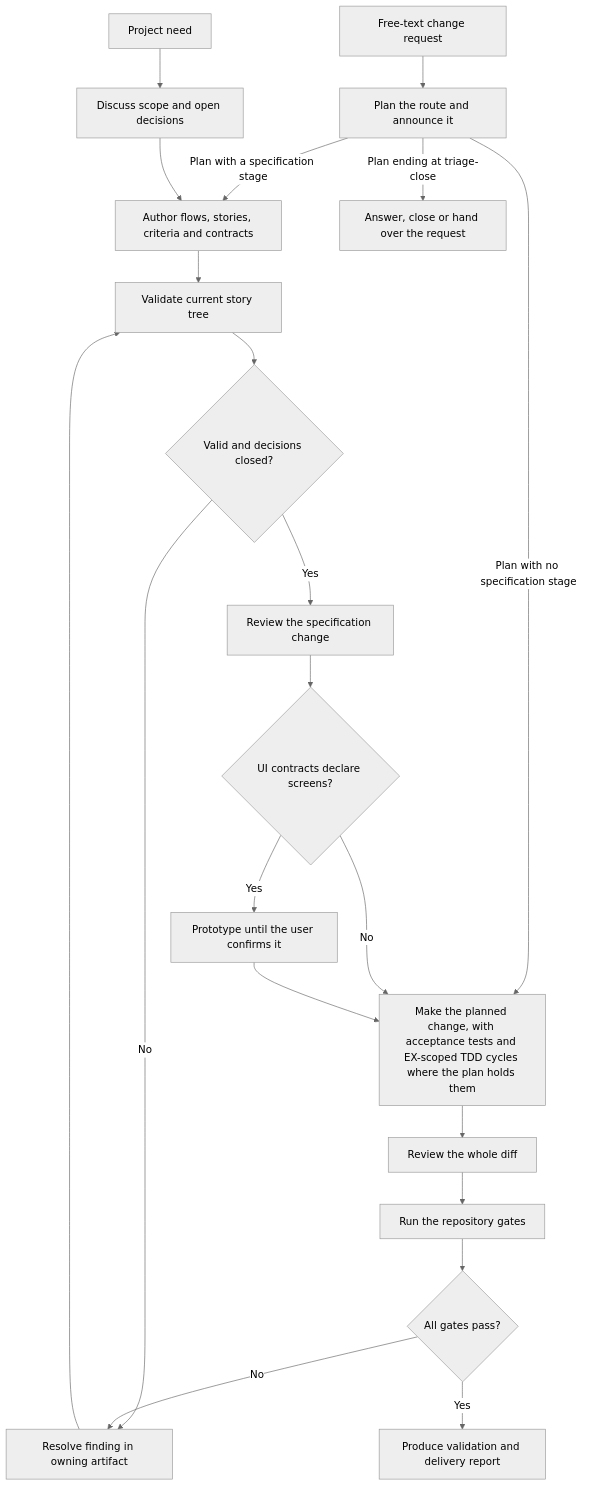
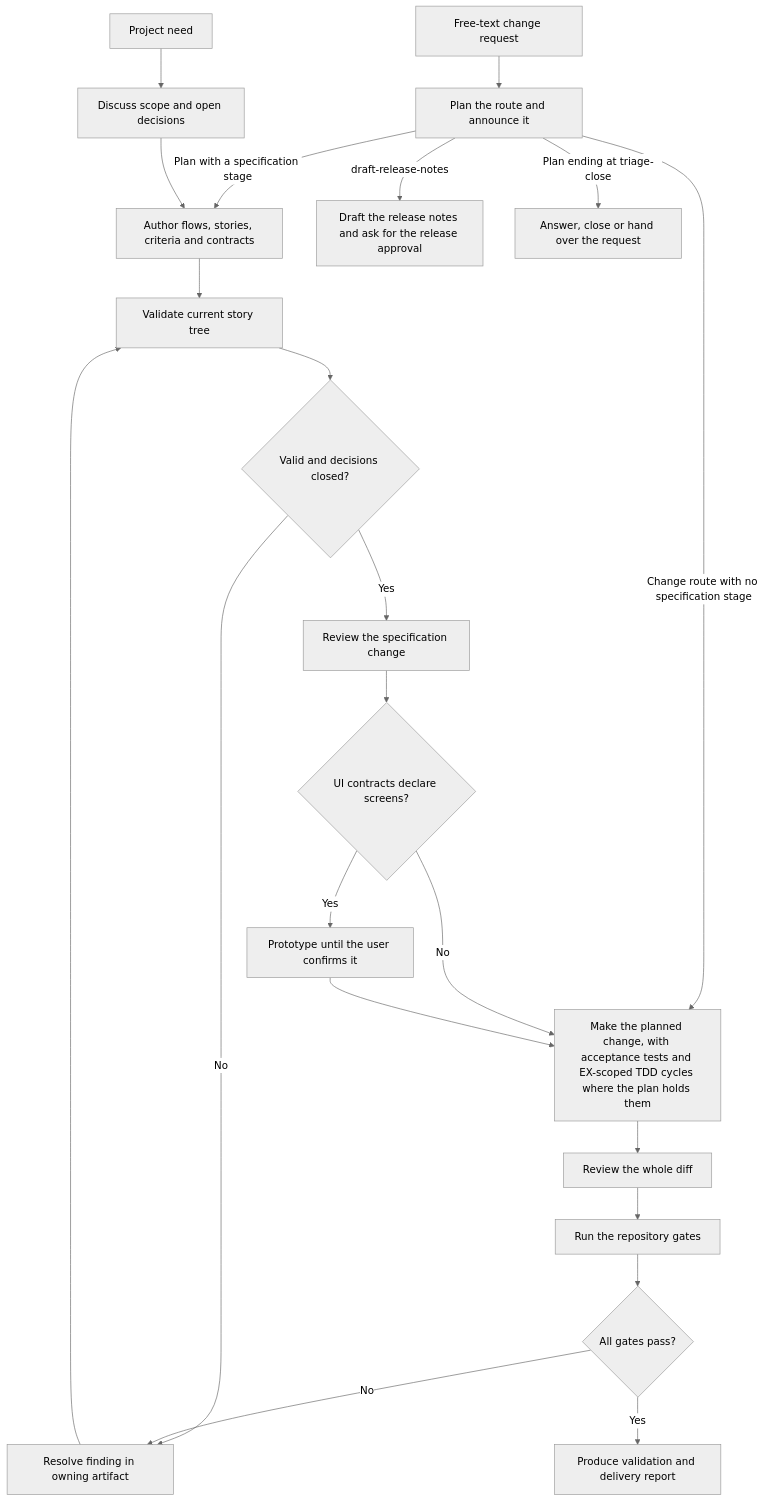
One commit to aganesy/QFAI changed the diagram in .qfai/spec/02_business-flow/business-flow-0001/business-flow.md. Above: the diagram before and after it, drawn with Mermaid (neutral theme). The commit also changed 43 other files, not shown here.

````diff
--- a/.qfai/spec/02_business-flow/business-flow-0001/business-flow.md
+++ b/.qfai/spec/02_business-flow/business-flow-0001/business-flow.md
@@ -12,23 +12,24 @@
 ```mermaid
 flowchart TD
   Need[Project need] --> Discuss[Discuss scope and open decisions]
   Request[Free-text change request] --> Route[Plan the route and announce it]
   Route -->|Plan with a specification stage| SDD
-  Route -->|Plan with no specification stage| Implement
+  Route -->|Change route with no specification stage| Implement
+  Route -->|draft-release-notes| Notes[Draft the release notes and ask for the release approval]
   Route -->|Plan ending at triage-close| Close[Answer, close or hand over the request]
   Discuss --> SDD[Author flows, stories, criteria and contracts]
   SDD --> Validate[Validate current story tree]
   Validate --> Ready{Valid and decisions closed?}
   Ready -->|No| Repair[Resolve finding in owning artifact]
   Repair --> Validate
   Ready -->|Yes| SpecReview[Review the specification change]
   SpecReview --> UI{UI contracts declare screens?}
   UI -->|Yes| Prototype[Prototype until the user confirms it]
   UI -->|No| Implement[Make the planned change, with acceptance tests and EX-scoped TDD cycles where the plan holds them]
   Prototype --> Implement
   Implement --> CodeReview[Review the whole diff]
   CodeReview --> Verify[Run the repository gates]
   Verify --> Gate{All gates pass?}
   Gate -->|No| Repair
   Gate -->|Yes| Report[Produce validation and delivery report]
 ```
````
